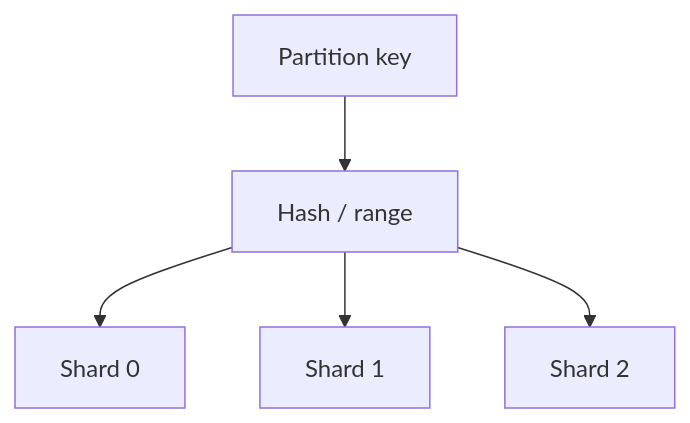
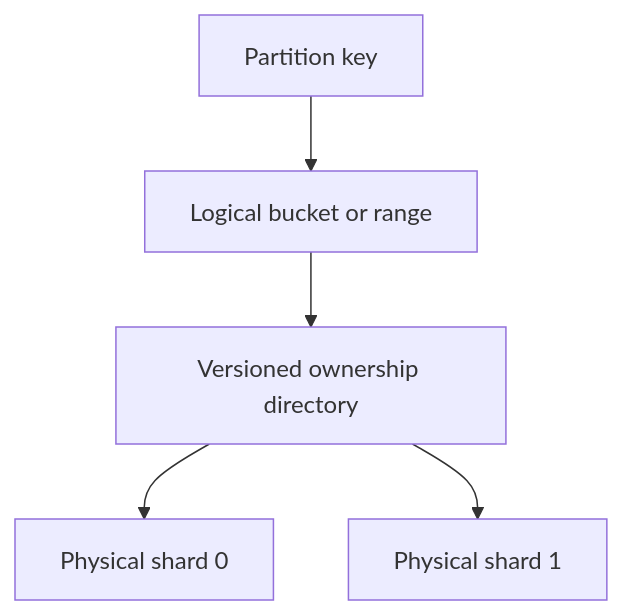
One commit to jdodsoncollins/study-material changed the diagram in lessons/system-design/foundations/sharding/viz/keyspace.md. Above: the diagram before and after it, drawn with Mermaid. The commit also changed 175 other files, not shown here.

````diff
--- a/lessons/system-design/foundations/sharding/viz/keyspace.md
+++ b/lessons/system-design/foundations/sharding/viz/keyspace.md
@@ -3,7 +3,7 @@
 ```mermaid
 flowchart TB
-  key[Partition key] --> hash[Hash / range]
-  hash --> s0[Shard 0]
-  hash --> s1[Shard 1]
-  hash --> s2[Shard 2]
+  key[Partition key] --> bucket[Logical bucket or range]
+  bucket --> directory[Versioned ownership directory]
+  directory --> s0[Physical shard 0]
+  directory --> s1[Physical shard 1]
 ```
````
